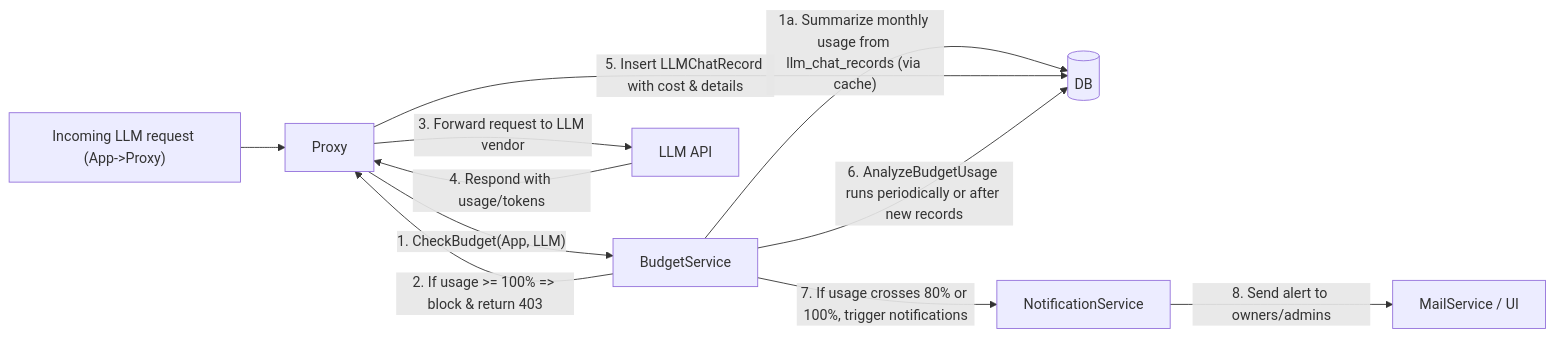
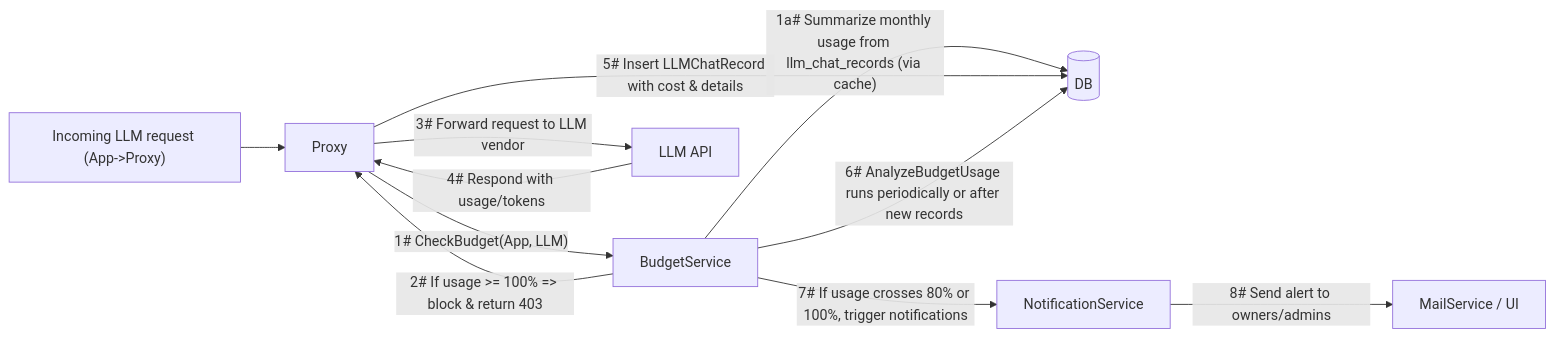
Before and after one commit to TykTechnologies/ai-studio: the diagram in features/Budgeting.md, drawn with Mermaid. The commit also changed other lines of this file, not shown here.

````diff
--- a/features/Budgeting.md
+++ b/features/Budgeting.md
@@ -82,13 +77,13 @@
-~~~mermaid
+```mermaid
 flowchart LR
     A["Incoming LLM request (App->Proxy)"] --> B["Proxy"]
-    B -- "1. CheckBudget(App, LLM)" --> C["BudgetService"]
-    C -- "1a. Summarize monthly usage from llm_chat_records (via cache)" --> D[(DB)]
-    C -- "2. If usage >= 100% => block & return 403" --> B
-    B -- "3. Forward request to LLM vendor" --> E["LLM API"]
-    E -- "4. Respond with usage/tokens" --> B
-    B -- "5. Insert LLMChatRecord with cost & details" --> D
-    C -- "6. AnalyzeBudgetUsage runs periodically or after new records" --> D
-    C -- "7. If usage crosses 80% or 100%, trigger notifications" --> G["NotificationService"]
-    G -- "8. Send alert to owners/admins" --> H["MailService / UI"]
-~~~
+    B -- "1# CheckBudget(App, LLM)" --> C["BudgetService"]
+    C -- "1a# Summarize monthly usage from llm_chat_records (via cache)" --> D[(DB)]
+    C -- "2# If usage >= 100% => block & return 403" --> B
+    B -- "3# Forward request to LLM vendor" --> E["LLM API"]
+    E -- "4# Respond with usage/tokens" --> B
+    B -- "5# Insert LLMChatRecord with cost & details" --> D
+    C -- "6# AnalyzeBudgetUsage runs periodically or after new records" --> D
+    C -- "7# If usage crosses 80% or 100%, trigger notifications" --> G["NotificationService"]
+    G -- "8# Send alert to owners/admins" --> H["MailService / UI"]
+```
````
